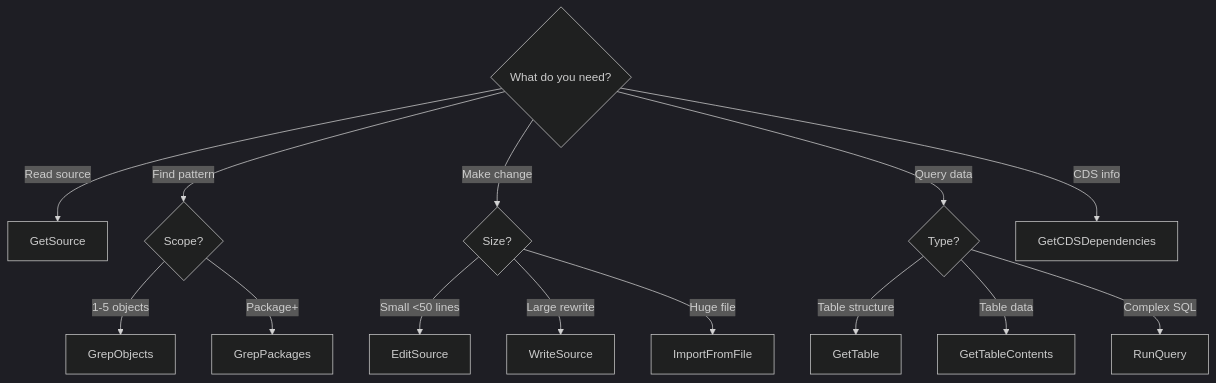
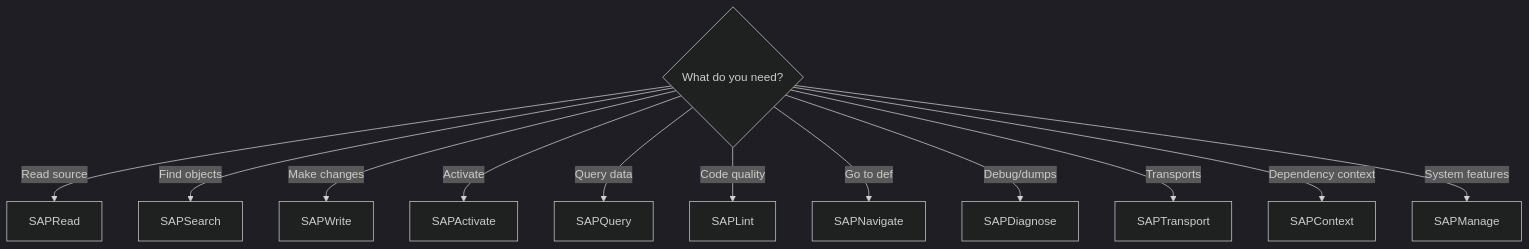
One commit to marianfoo/arc-1 changed the second of 2 diagrams in docs/mcp-usage.md. Above: the diagram before and after it, drawn with Mermaid (dark theme). The commit also changed other lines of this file and 26 other files, not shown here.

````diff
--- a/docs/mcp-usage.md
+++ b/docs/mcp-usage.md
@@ -396,21 +215,16 @@
 ```mermaid
 flowchart TD
     Q1{What do you need?}
 
-    Q1 -->|Read source| GS[GetSource]
-    Q1 -->|Find pattern| Q2{Scope?}
-    Q1 -->|Make change| Q3{Size?}
-    Q1 -->|Query data| Q4{Type?}
-    Q1 -->|CDS info| CDS[GetCDSDependencies]
-
-    Q2 -->|1-5 objects| GO[GrepObjects]
-    Q2 -->|Package+| GP[GrepPackages]
-
-    Q3 -->|Small <50 lines| ES[EditSource]
-    Q3 -->|Large rewrite| WS[WriteSource]
-    Q3 -->|Huge file| IF[ImportFromFile]
-
-    Q4 -->|Table structure| GT[GetTable]
-    Q4 -->|Table data| GTC[GetTableContents]
-    Q4 -->|Complex SQL| RQ[RunQuery]
+    Q1 -->|Read source| SAPRead
+    Q1 -->|Find objects| SAPSearch
+    Q1 -->|Make changes| SAPWrite
+    Q1 -->|Activate| SAPActivate
+    Q1 -->|Query data| SAPQuery
+    Q1 -->|Code quality| SAPLint
+    Q1 -->|Go to def| SAPNavigate
+    Q1 -->|Debug/dumps| SAPDiagnose
+    Q1 -->|Transports| SAPTransport
+    Q1 -->|Dependency context| SAPContext
+    Q1 -->|System features| SAPManage
 ```
````
